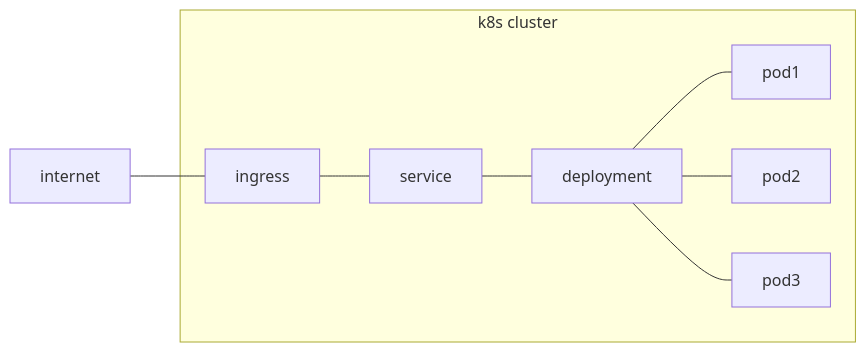
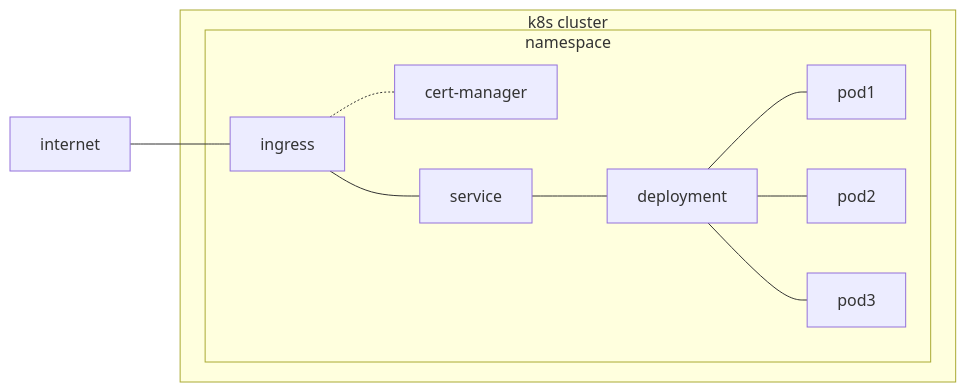
One commit to mritzmann/cheatsheets changed the diagram in kubernetes.md. Above: the diagram before and after it, drawn with Mermaid.

````diff
--- a/kubernetes.md
+++ b/kubernetes.md
@@ -5,28 +5,34 @@
 ```mermaid
 graph LR
 
   %% resources
   internet
   
   %% relations
   internet --- ingress
 
   subgraph cluster["k8s cluster"]
 
-    %% resources
-    ingress
-    service
-    deployment
-    pod1
-    pod2
-    pod3
+    subgraph namespace
 
-    %% relations
-    ingress --- service
-    service --- deployment
-    deployment --- pod1
-    deployment --- pod2
-    deployment --- pod3
+      %% resources
+      ingress
+      cert-manager
+      service
+      deployment
+      pod1
+      pod2
+      pod3
+
+      %% relations
+      ingress --- service
+      ingress -.- cert-manager
+      service --- deployment
+      deployment --- pod1
+      deployment --- pod2
+      deployment --- pod3
+    
+    end
 
   end
 ```
````
